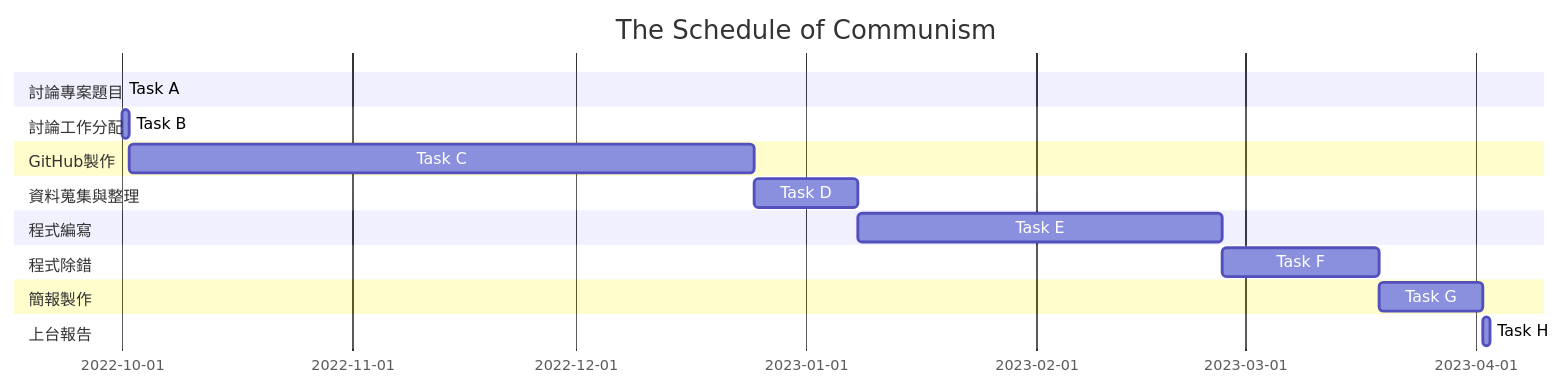
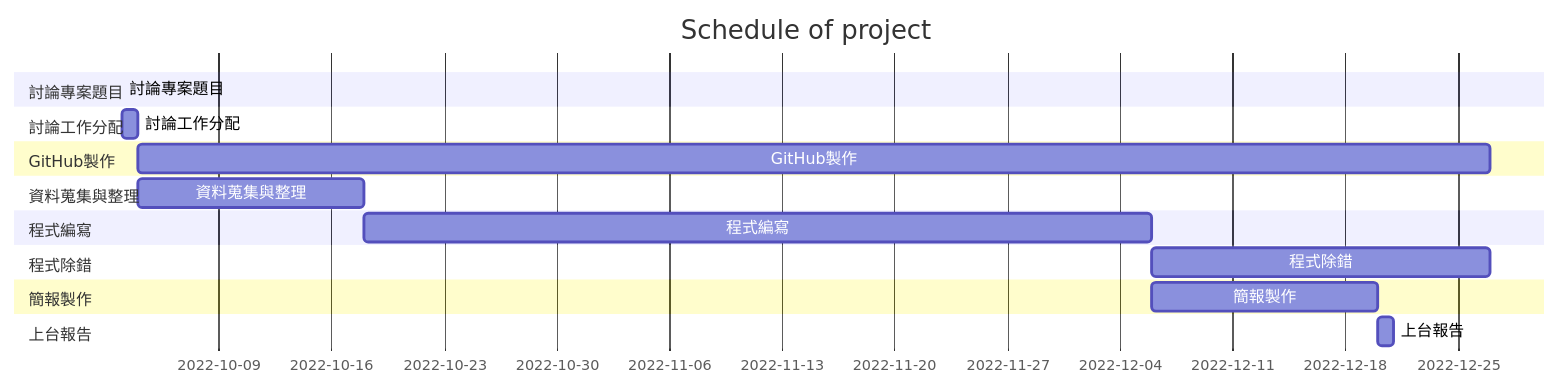
The first of 2 diagrams in README.md (Zhiyupan237/Group3), drawn with Mermaid before and after one commit.

Commit message:
Update Gantt diagram

````diff
--- a/README.md
+++ b/README.md
@@ -24,21 +24,21 @@
 ```mermaid
 gantt
-    title The Schedule of Communism
+    title Schedule of project
 
     section 討論專案題目
-    Task A      :active,  des1,2022-10-01  , 2022-10-02
+    討論專案題目      :active,  des1,2022-10-03  , 2022-10-04
     section 討論工作分配
-    Task B      :         des2, after des1 , 1d
+    討論工作分配      :         des2, after des1 , 1d
     section GitHub製作
-    Task C      :         des3, after des2  , 84d
+    GitHub製作     :         des3, after des2  , 84d
     section 資料蒐集與整理
-    Task D      :         des4, after des3  , 14d
+    資料蒐集與整理      :         des4, after des2  , 14d
     section 程式編寫
-    Task E      :         des5, after des4  , 49d
+    程式編寫      :         des5, after des4  , 49d
     section 程式除錯
-    Task F      :         des6, after des5  , 21d
+    程式除錯      :         des6, after des5  , 21d
     section 簡報製作
-    Task G      :         des7, after des6  , 14d
+    簡報製作      :         des7, after des5  , 14d
     section 上台報告
-    Task H      :         des8, after des7  , 1d
+    上台報告      :         des8, after des7  , 1d
 ```
````
